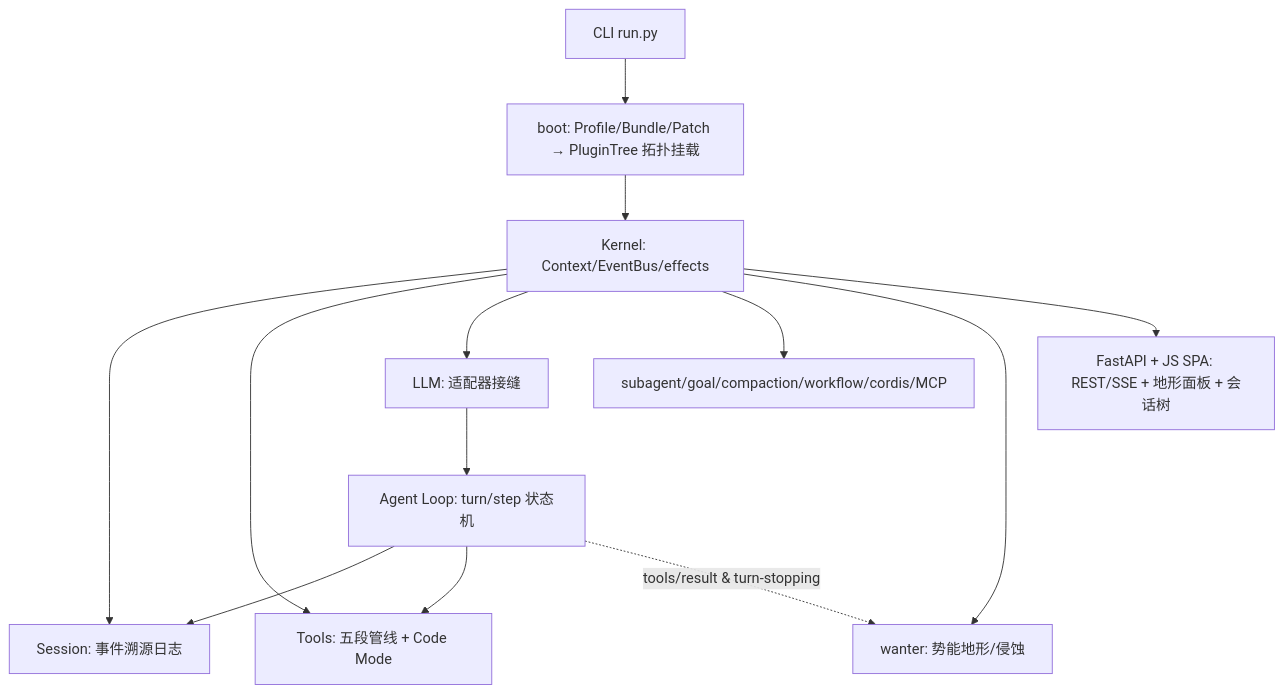
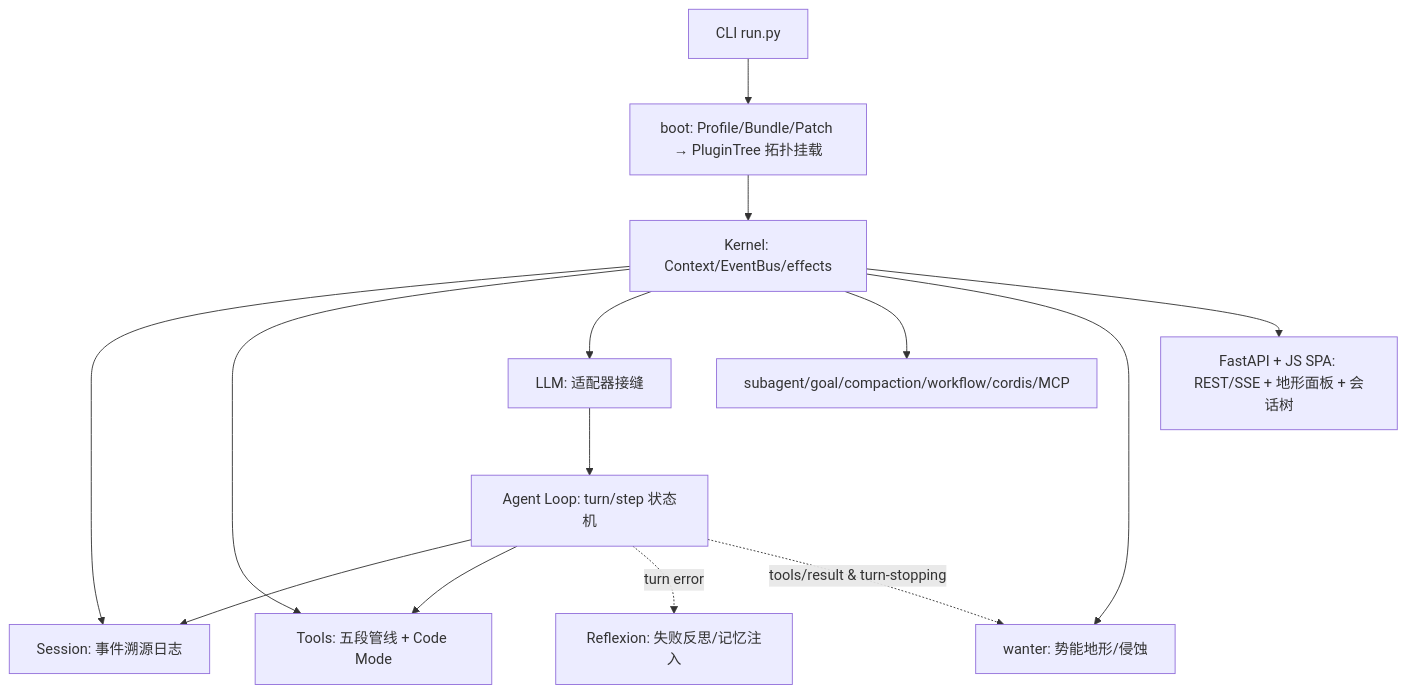
The diagram in README.md (Lxxz666/DSH-wanter-python), drawn with Mermaid before and after one commit. The commit also changed other lines of this file, not shown here.

Commit message:
docs: README 加入 Reflexion 失败反思特性（badge 237 passed / 特性表 / 架构图）

````diff
--- a/README.md
+++ b/README.md
@@ -41,15 +42,16 @@
 ```mermaid
 graph TD
     CLI[CLI run.py] --> Boot[boot: Profile/Bundle/Patch → PluginTree 拓扑挂载]
     Boot --> K[Kernel: Context/EventBus/effects]
     K --> S[Session: 事件溯源日志]
     K --> T[Tools: 五段管线 + Code Mode]
     K --> L[LLM: 适配器接缝]
     L --> A[Agent Loop: turn/step 状态机]
     A --> S
     A --> T
+    A -.turn error.-> Refl[Reflexion: 失败反思/记忆注入]
     K --> Sub[subagent/goal/compaction/workflow/cordis/MCP]
     K --> Wanter[wanter: 势能地形/侵蚀]
     A -.tools/result & turn-stopping.-> Wanter
     K --> Web[FastAPI + JS SPA: REST/SSE + 地形面板 + 会话树]
 ```
````
